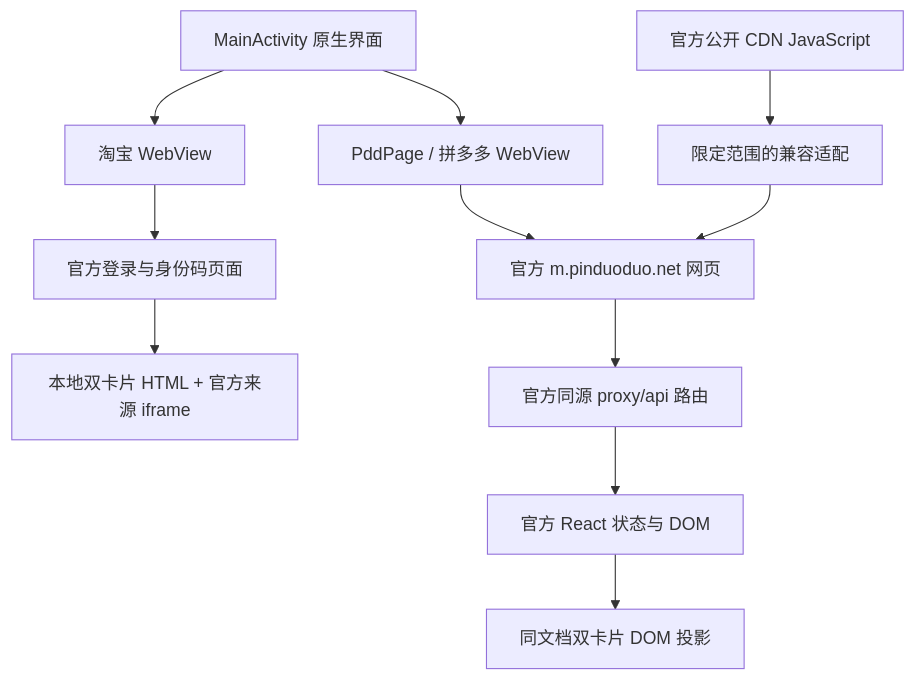
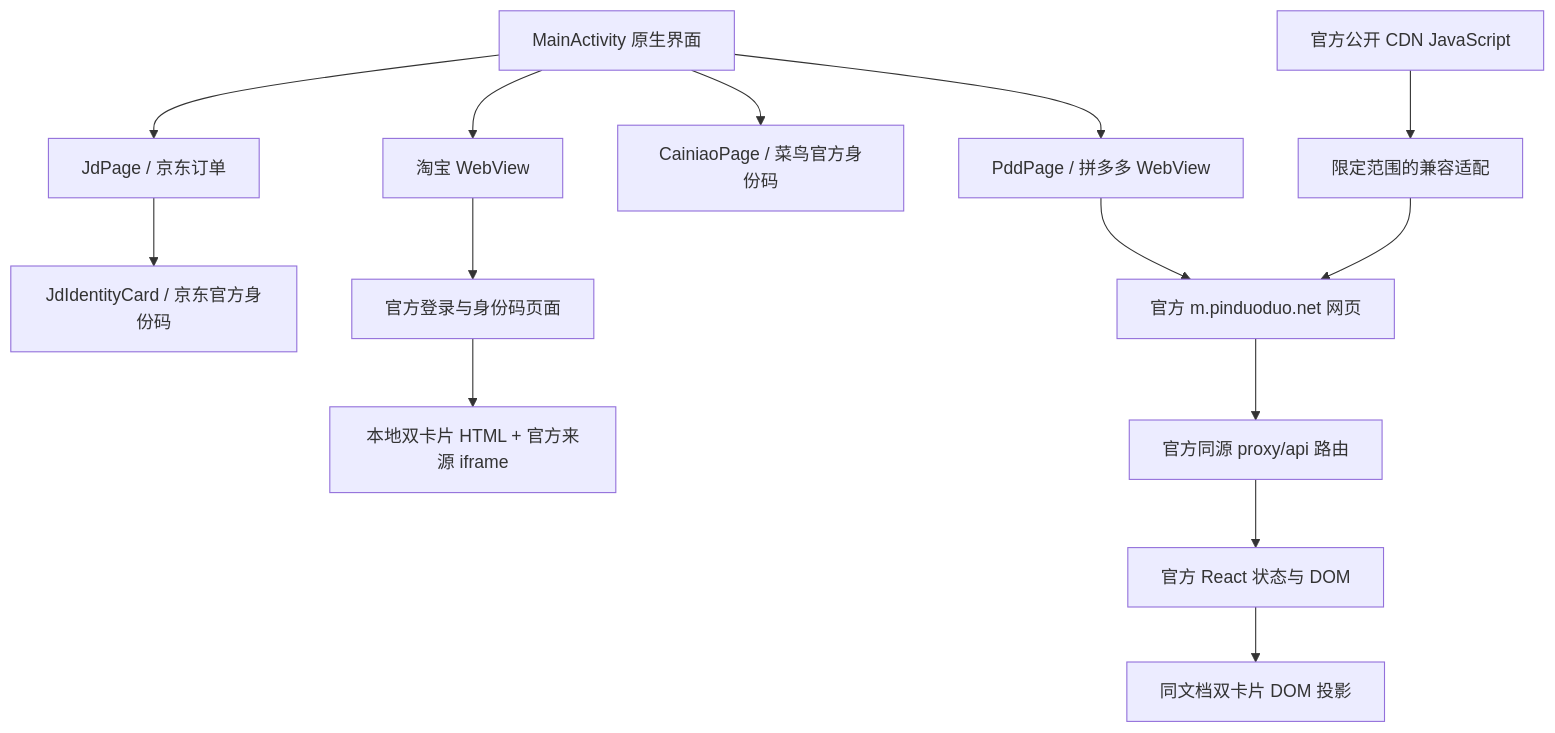
Before and after one commit to xianhe51920/handycode: the diagram in README.md, drawn with Mermaid. The commit also changed other lines of this file and 57 other files, not shown here.

````diff
--- a/README.md
+++ b/README.md
@@ -54,13 +70,16 @@
 ```mermaid
 flowchart TD
     A[MainActivity 原生界面] --> B[淘宝 WebView]
     A --> C[PddPage / 拼多多 WebView]
+    A --> L[CainiaoPage / 菜鸟官方身份码]
+    A --> M[JdPage / 京东订单]
+    M --> N[JdIdentityCard / 京东官方身份码]
     B --> D[官方登录与身份码页面]
     D --> E[本地双卡片 HTML + 官方来源 iframe]
     C --> F[官方 m.pinduoduo.net 网页]
     F --> G[官方同源 proxy/api 路由]
     G --> H[官方 React 状态与 DOM]
     H --> I[同文档双卡片 DOM 投影]
     J[官方公开 CDN JavaScript] --> K[限定范围的兼容适配]
     K --> F
 ```
````
